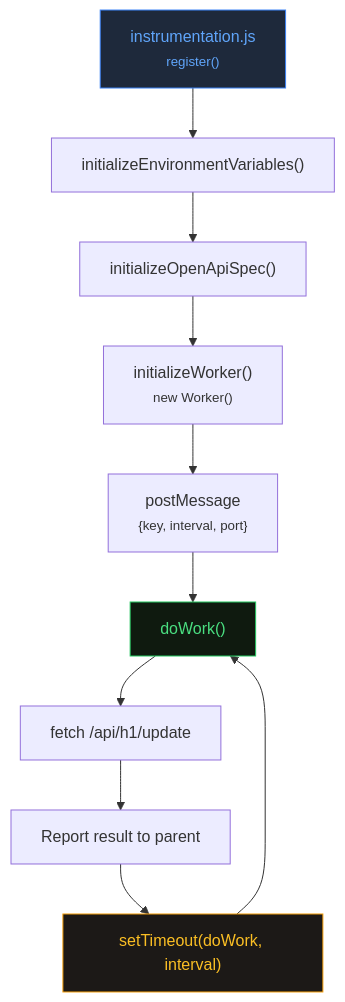
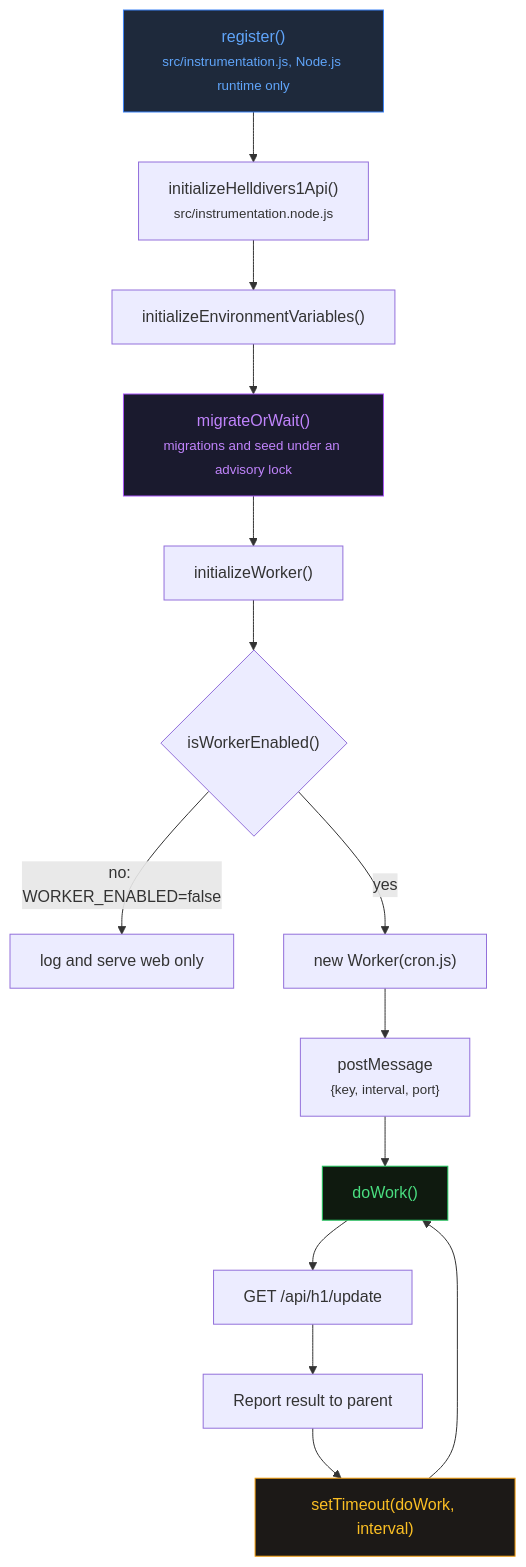
Before and after one commit to elfensky/helldivers.bot: the second of 2 diagrams in src/app/docs/data-flow/page.mdx, drawn with Mermaid. The commit also changed other lines of this file and 1 other file, not shown here.

First line of the commit message:
docs(data-flow): describe the lease-era worker pipeline; add a mermaid fence check (DOCS-02)

````diff
--- a/src/app/docs/data-flow/page.mdx
+++ b/src/app/docs/data-flow/page.mdx
@@ -100,16 +101,21 @@
 ```mermaid
 graph TD
-    INIT["instrumentation.js<br/><small>register()</small>"] --> ENV["initializeEnvironmentVariables()"]
-    ENV --> OAS["initializeOpenApiSpec()"]
-    OAS --> WORKER["initializeWorker()<br/><small>new Worker()</small>"]
-    WORKER --> MSG["postMessage<br/><small>{key, interval, port}</small>"]
+    REG["register()<br/><small>src/instrumentation.js, Node.js runtime only</small>"] --> INIT["initializeHelldivers1Api()<br/><small>src/instrumentation.node.js</small>"]
+    INIT --> ENV["initializeEnvironmentVariables()"]
+    ENV --> MIG["migrateOrWait()<br/><small>migrations and seed under an advisory lock</small>"]
+    MIG --> WORKER["initializeWorker()"]
+    WORKER --> ENABLED{"isWorkerEnabled()"}
+    ENABLED -->|"no: WORKER_ENABLED=false"| WEB["log and serve web only"]
+    ENABLED -->|"yes"| THREAD["new Worker(cron.js)"]
+    THREAD --> MSG["postMessage<br/><small>{key, interval, port}</small>"]
     MSG --> LOOP["doWork()"]
-    LOOP --> FETCH["fetch /api/h1/update"]
+    LOOP --> FETCH["GET /api/h1/update"]
     FETCH --> REPORT["Report result to parent"]
     REPORT --> WAIT["setTimeout(doWork, interval)"]
     WAIT --> LOOP
 
-    style INIT fill:#1e293b,stroke:#3b82f6,color:#60a5fa
+    style REG fill:#1e293b,stroke:#3b82f6,color:#60a5fa
+    style MIG fill:#1a1a2e,stroke:#a855f7,color:#c084fc
     style LOOP fill:#0f1a0f,stroke:#22c55e,color:#4ade80
     style WAIT fill:#1c1917,stroke:#f59e0b,color:#fbbf24
 ```
````
